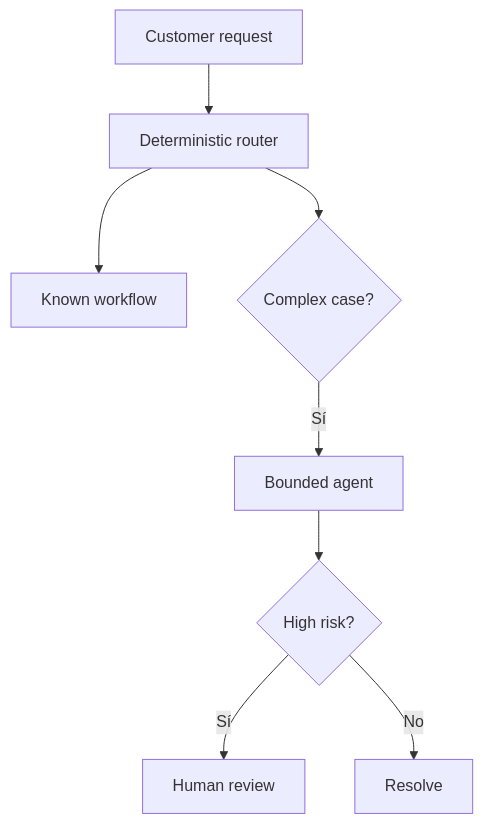
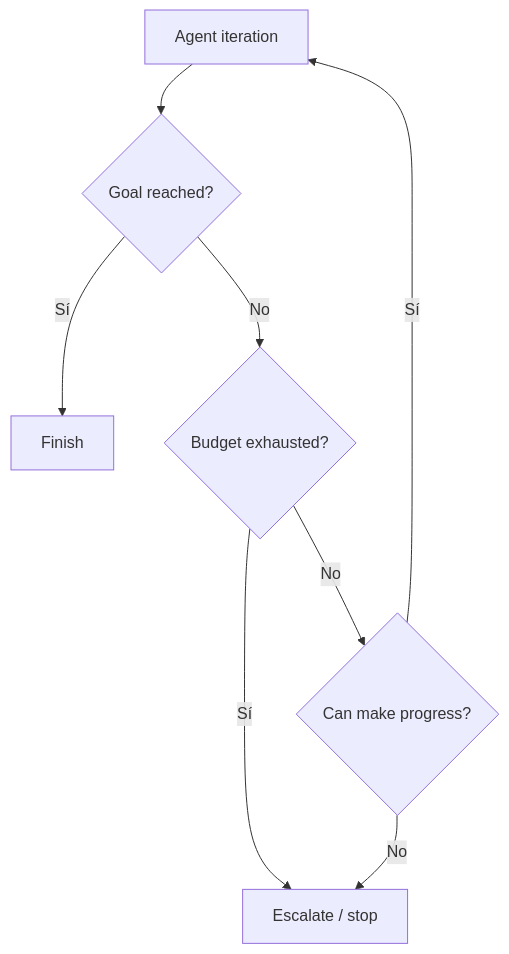
One commit to franciscogarcia-sys/guia-estudio-claude-ccar-f-bitlogic changed diagram 11 of 12 in 02-agentic-architecture-foundations/README.md. Above: the diagram before and after it, drawn with Mermaid. The commit also changed other lines of this file, not shown here.

````diff
--- a/02-agentic-architecture-foundations/README.md
+++ b/02-agentic-architecture-foundations/README.md
@@ -597,10 +755,10 @@
 ```mermaid
 flowchart TD
-    A[Customer request] --> B[Deterministic router]
-    B --> C[Known workflow]
-    B --> D{Complex case?}
-    D -->|Sí| E[Bounded agent]
-    E --> F{High risk?}
-    F -->|Sí| G[Human review]
-    F -->|No| H[Resolve]
+    A[Agent iteration] --> B{Goal reached?}
+    B -->|Sí| F[Finish]
+    B -->|No| C{Budget exhausted?}
+    C -->|Sí| E[Escalate / stop]
+    C -->|No| D{Can make progress?}
+    D -->|Sí| A
+    D -->|No| E
 ```
````
